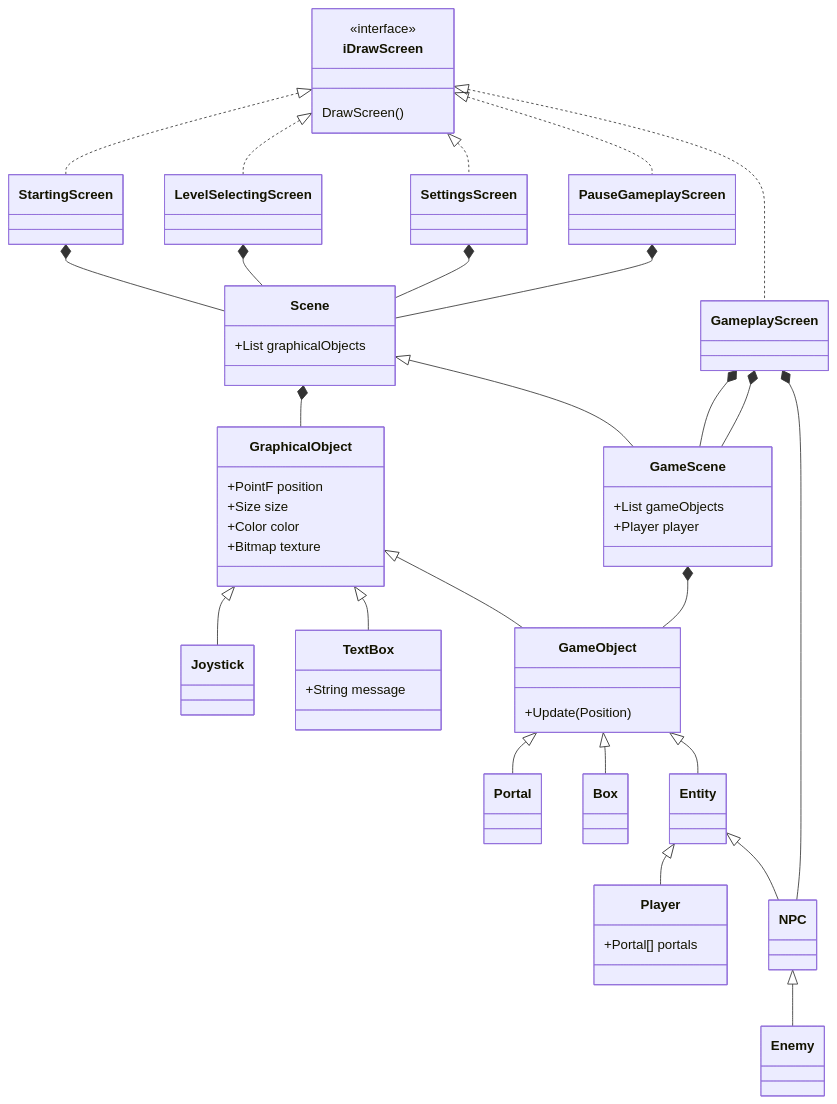
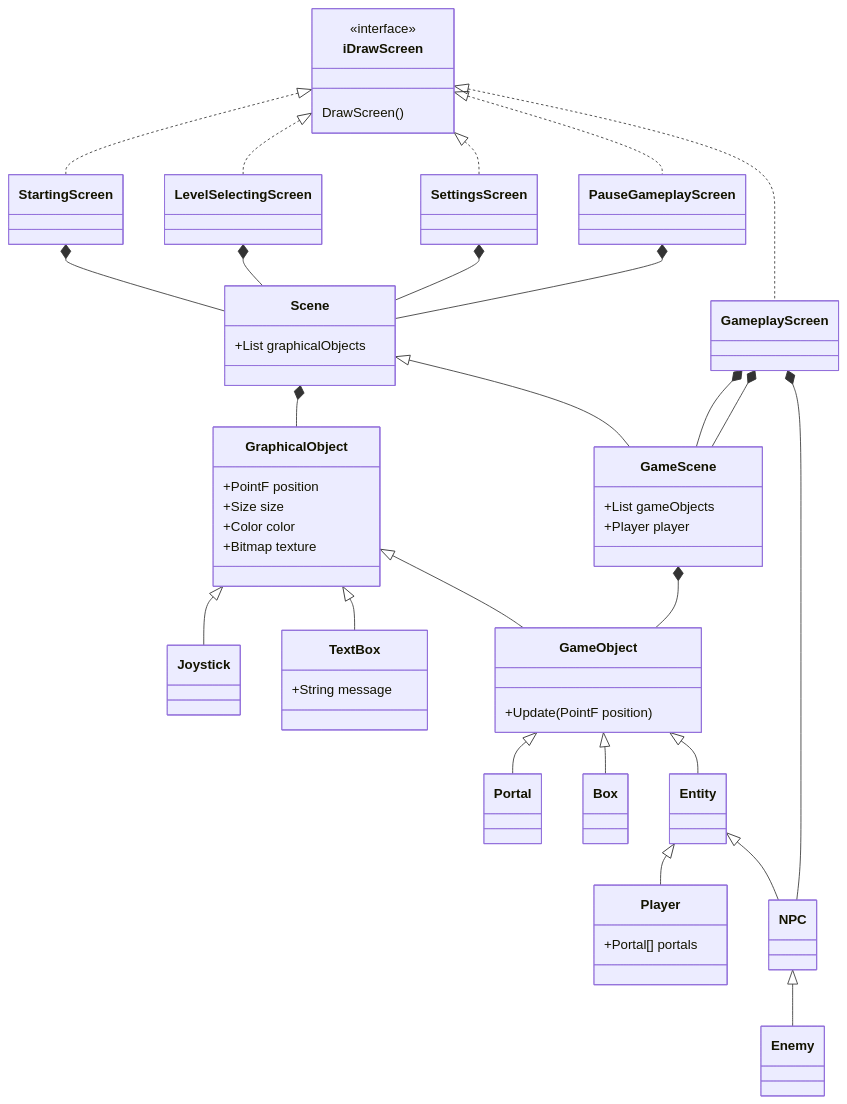
Before and after one commit to dRoycon/HS_SoftwareEngineeringProject: the diagram in planning_class_structure/README.md, drawn with Mermaid. The commit also changed other lines of this file and 3 other files, not shown here.

````diff
--- a/planning_class_structure/README.md
+++ b/planning_class_structure/README.md
@@ -3,71 +3,71 @@
 ``` mermaid
 classDiagram
     iDrawScreen <|.. StartingScreen
     iDrawScreen <|.. LevelSelectingScreen
     iDrawScreen <|.. SettingsScreen
     iDrawScreen <|.. PauseGameplayScreen
     iDrawScreen <|.. GameplayScreen
 
     StartingScreen *-- Scene
     LevelSelectingScreen *-- Scene
     SettingsScreen *-- Scene
     PauseGameplayScreen *-- Scene
 
     Scene *-- GraphicalObject
     Scene <|-- GameScene 
 
     GraphicalObject <|-- Joystick
     GraphicalObject <|-- TextBox
     GraphicalObject <|-- GameObject
 
     GameObject <|-- Portal
     GameObject <|-- Box
     GameObject <|-- Entity
     GameScene *-- GameObject 
 
 
     Entity <|-- Player
     Entity <|-- NPC
 
     NPC <|-- Enemy
 
     GameplayScreen *-- GameScene
     GameplayScreen *-- NPC
     GameplayScreen *-- GameScene
 
     class iDrawScreen{
         <<interface>>
         DrawScreen()
     }
 
     class GraphicalObject{
         +PointF position
         +Size size
         +Color color
         +Bitmap texture
     }
 
     class GameObject{
-        +Update(Position)
+        +Update(PointF position)
     }
 
     class Scene{
         +List<GraphicalObject> graphicalObjects
     }
 
     class GameScene{
         +List<GameObject> gameObjects
         +Player player
 
     }
 
     class Player{
         +Portal[] portals
     }
 
     class TextBox{
         +String message
     }
 
 
 ```
````
